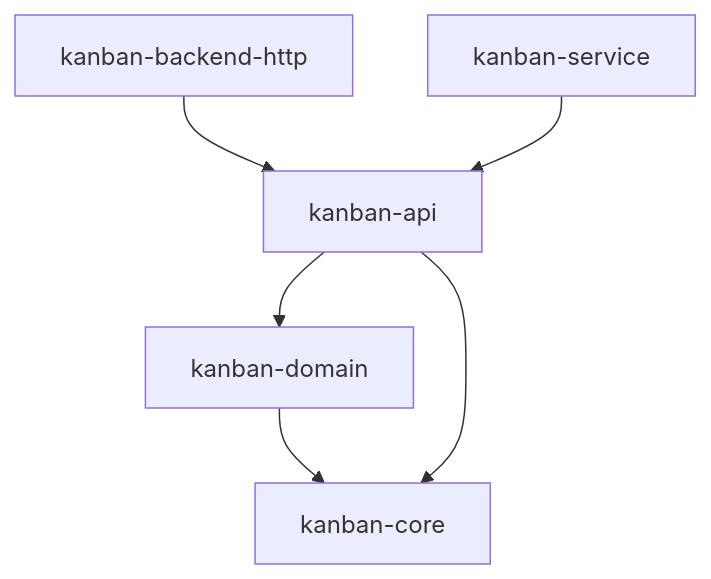
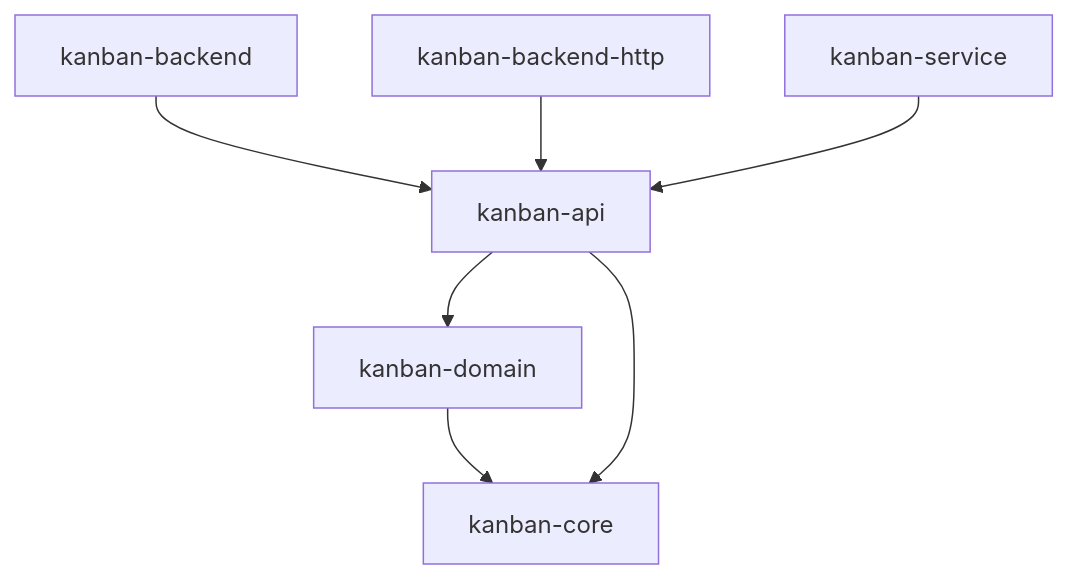
One commit to kanban-rs/kanban changed the diagram in crates/kanban-api/README.md. Above: the diagram before and after it, drawn with Mermaid. The commit also changed other lines of this file and 14 other files, not shown here.

First line of the commit message:
fix(backend,backend-http,service): rebuild remote batch failures through From<ApiError> (#939)

````diff
--- a/crates/kanban-api/README.md
+++ b/crates/kanban-api/README.md
@@ -50,8 +50,9 @@
 ```mermaid
 graph TD
     DOM[kanban-domain] --> CORE[kanban-core]
     API[kanban-api] --> CORE
     API --> DOM
+    BE[kanban-backend] --> API
     BEHTTP[kanban-backend-http] --> API
     SVC[kanban-service] --> API
 ```
````
